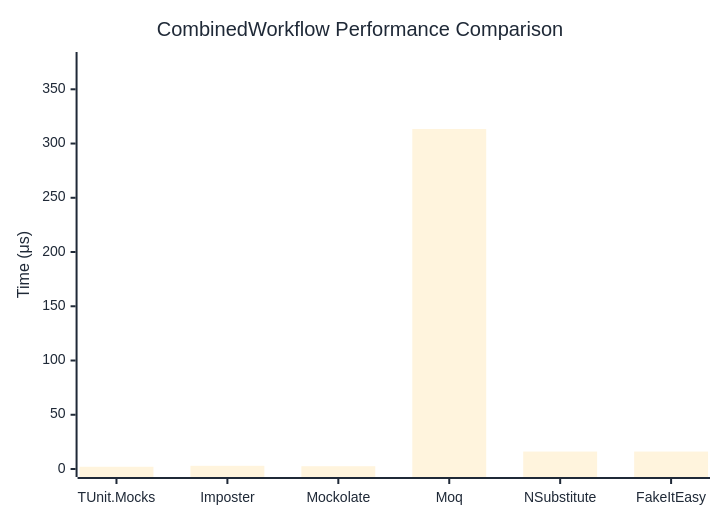
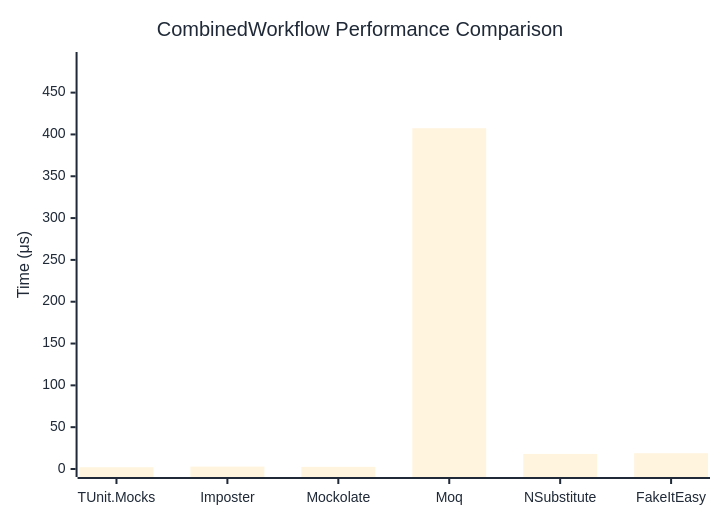
Before and after one commit to thomhurst/TUnit: the diagram in docs/docs/benchmarks/mocks/CombinedWorkflow.md, drawn with Mermaid. The commit also changed other lines of this file and 14 other files, not shown here.

````diff
--- a/docs/docs/benchmarks/mocks/CombinedWorkflow.md
+++ b/docs/docs/benchmarks/mocks/CombinedWorkflow.md
@@ -28,27 +28,27 @@
 ```mermaid
 %%{init: {
   'theme':'base',
   'themeVariables': {
     'primaryColor': '#2563eb',
     'primaryTextColor': '#1f2937',
     'primaryBorderColor': '#1e40af',
     'lineColor': '#6b7280',
     'secondaryColor': '#7c3aed',
     'tertiaryColor': '#dc2626',
     'background': '#ffffff',
     'pie1': '#2563eb',
     'pie2': '#7c3aed',
     'pie3': '#dc2626',
     'pie4': '#f59e0b',
     'pie5': '#10b981',
     'pie6': '#06b6d4',
     'pie7': '#ec4899',
     'pie8': '#6366f1'
   }
 }}%%
 xychart-beta
   title "CombinedWorkflow Performance Comparison"
   x-axis ["TUnit.Mocks", "Imposter", "Mockolate", "Moq", "NSubstitute", "FakeItEasy"]
-  y-axis "Time (μs)" 0 --> 377
-  bar [2.055, 2.929, 2.573, 313.381, 16.075, 16.079]
+  y-axis "Time (μs)" 0 --> 489
+  bar [2.056, 2.841, 2.529, 407.415, 17.988, 18.846]
 ```
````
